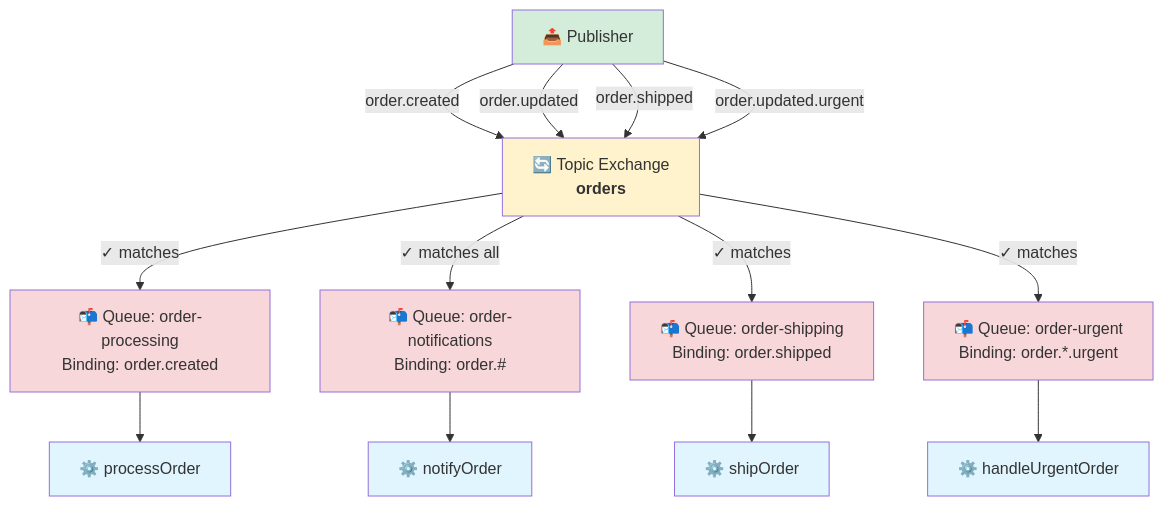
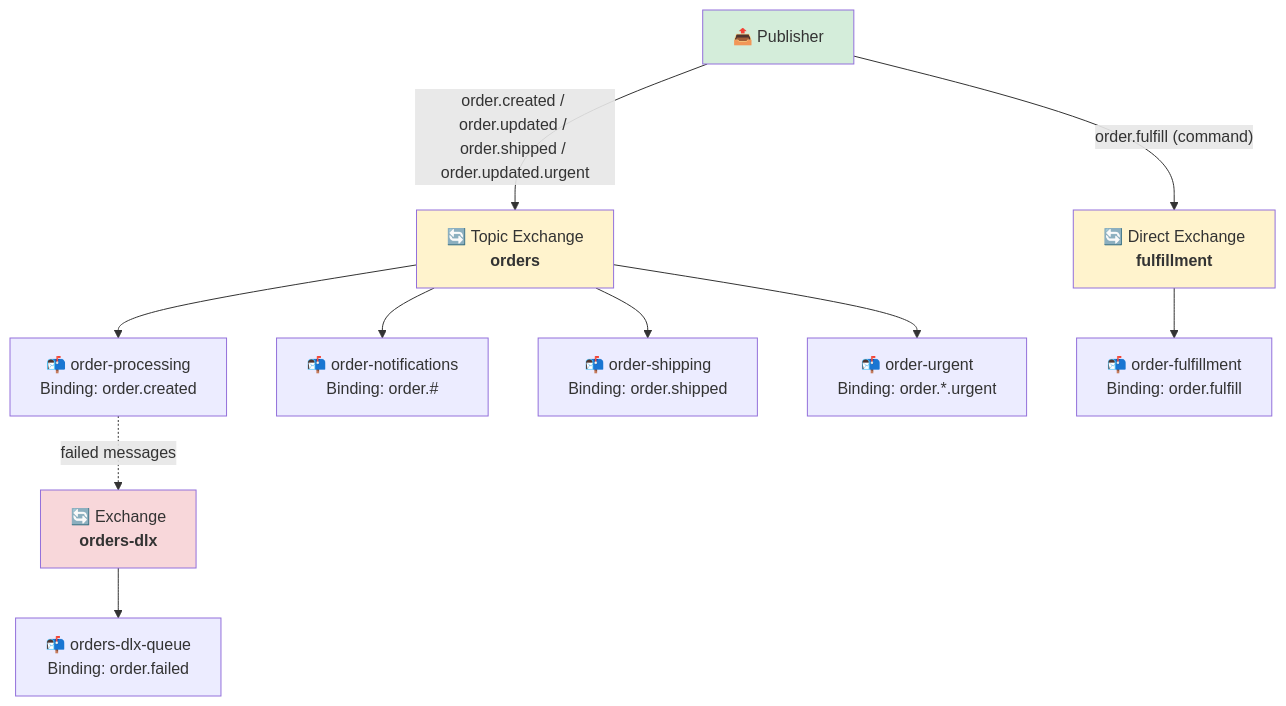
The second of 3 diagrams in docs/examples/basic-order-processing.md (btravstack/amqp-contract), drawn with Mermaid before and after one commit. The commit also changed other lines of this file and 23 other files, not shown here.

````diff
--- a/docs/examples/basic-order-processing.md
+++ b/docs/examples/basic-order-processing.md
@@ -56,42 +62,31 @@
 ```mermaid
 graph TB
     Publisher[📤 Publisher]
 
     Exchange["🔄 Topic Exchange<br/><b>orders</b>"]
+    Fulfillment["🔄 Direct Exchange<br/><b>fulfillment</b>"]
+    Dlx["🔄 Exchange<br/><b>orders-dlx</b>"]
 
-    Q1["📬 Queue: order-processing<br/>Binding: order.created"]
-    Q2["📬 Queue: order-notifications<br/>Binding: order.#"]
-    Q3["📬 Queue: order-shipping<br/>Binding: order.shipped"]
-    Q4["📬 Queue: order-urgent<br/>Binding: order.*.urgent"]
+    Q1["📬 order-processing<br/>Binding: order.created"]
+    Q2["📬 order-notifications<br/>Binding: order.#"]
+    Q3["📬 order-shipping<br/>Binding: order.shipped"]
+    Q4["📬 order-urgent<br/>Binding: order.*.urgent"]
+    Q5["📬 order-fulfillment<br/>Binding: order.fulfill"]
+    Q6["📬 orders-dlx-queue<br/>Binding: order.failed"]
 
-    H1["⚙️ processOrder"]
-    H2["⚙️ notifyOrder"]
-    H3["⚙️ shipOrder"]
-    H4["⚙️ handleUrgentOrder"]
+    Publisher -->|"order.created / order.updated / order.shipped / order.updated.urgent"| Exchange
+    Publisher -->|"order.fulfill (command)"| Fulfillment
+    Q1 -.->|"failed messages"| Dlx
 
-    Publisher -->|"order.created"| Exchange
-    Publisher -->|"order.updated"| Exchange
-    Publisher -->|"order.shipped"| Exchange
-    Publisher -->|"order.updated.urgent"| Exchange
-
-    Exchange -->|"✓ matches"| Q1
-    Exchange -->|"✓ matches all"| Q2
-    Exchange -->|"✓ matches"| Q3
-    Exchange -->|"✓ matches"| Q4
-
-    Q1 --> H1
-    Q2 --> H2
-    Q3 --> H3
-    Q4 --> H4
+    Exchange --> Q1
+    Exchange --> Q2
+    Exchange --> Q3
+    Exchange --> Q4
+    Fulfillment --> Q5
+    Dlx --> Q6
 
     style Publisher fill:#d4edda
     style Exchange fill:#fff3cd
-    style Q1 fill:#f8d7da
-    style Q2 fill:#f8d7da
-    style Q3 fill:#f8d7da
-    style Q4 fill:#f8d7da
-    style H1 fill:#e1f5ff
-    style H2 fill:#e1f5ff
-    style H3 fill:#e1f5ff
-    style H4 fill:#e1f5ff
+    style Fulfillment fill:#fff3cd
+    style Dlx fill:#f8d7da
 ```
````
